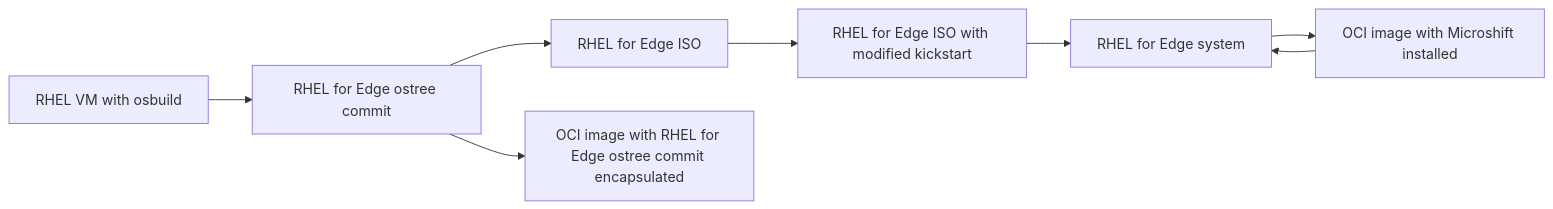
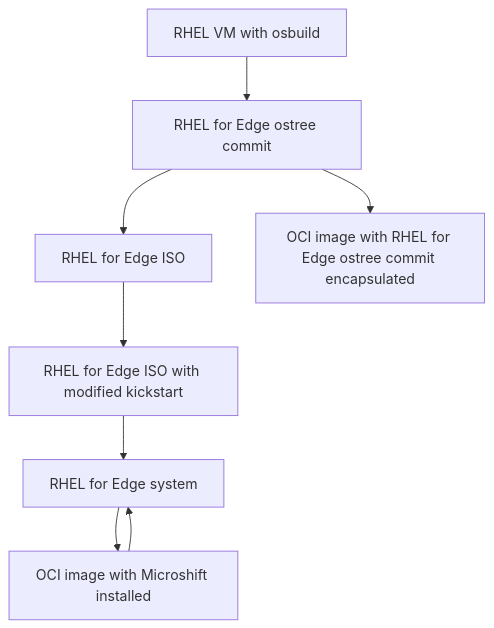
The diagram in README.md (miabbott/r4e-microshift-demo), drawn with Mermaid before and after one commit.

Commit message:
switch to top down

````diff
--- a/README.md
+++ b/README.md
@@ -15,10 +15,10 @@
 ```mermaid
-flowchart LR;
+flowchart TD;
   id1[RHEL VM with osbuild]-->id2[RHEL for Edge ostree commit];
   id2-->id3[RHEL for Edge ISO];
   id3-->id4[RHEL for Edge ISO with modified kickstart];
   id4-->id5[RHEL for Edge system];
   id2-->id6[OCI image with RHEL for Edge ostree commit encapsulated];
   id5-->id7[OCI image with Microshift installed];
   id7-->id5;
 ```
````
